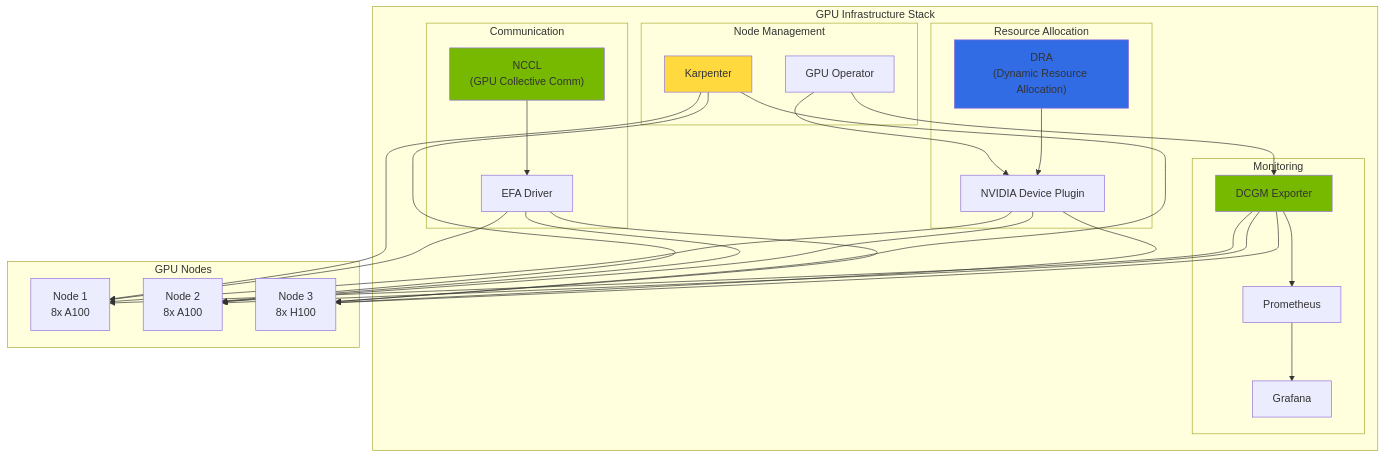
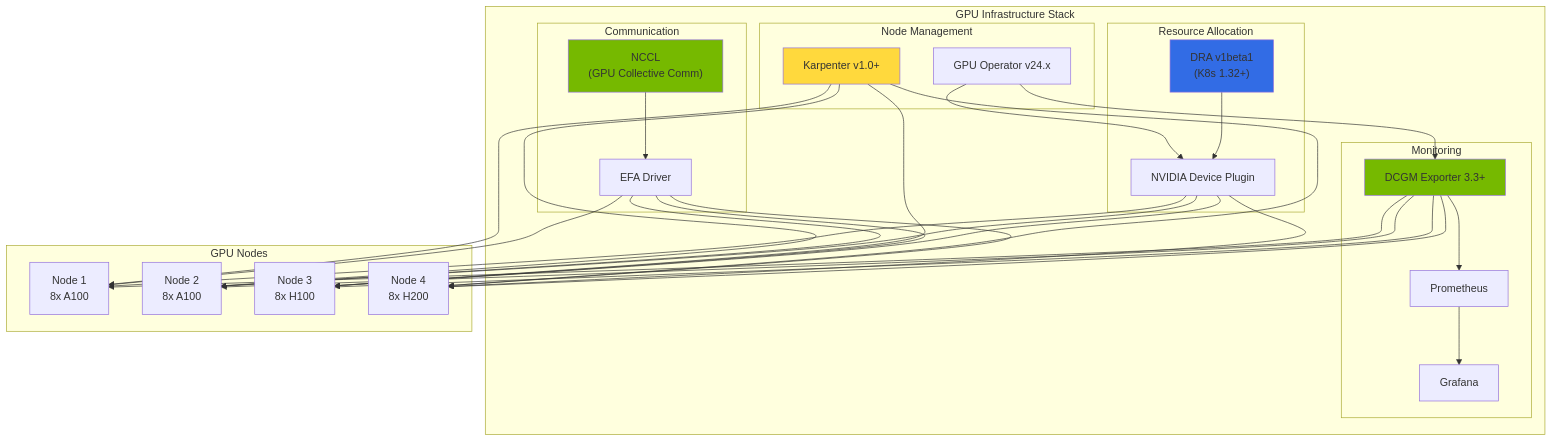
Before and after one commit to devfloor9/engineering-playbook: diagram 15 of 16 in docs/agentic-ai-platform/agentic-ai-challenges.md, drawn with Mermaid. The commit also changed other lines of this file and 13 other files, not shown here.

````diff
--- a/docs/agentic-ai-platform/agentic-ai-challenges.md
+++ b/docs/agentic-ai-platform/agentic-ai-challenges.md
@@ -893,43 +854,44 @@
 ```mermaid
 graph TB
     subgraph "GPU Infrastructure Stack"
         subgraph "Resource Allocation"
-            DRA["DRA<br/>(Dynamic Resource Allocation)"]
+            DRA["DRA v1beta1<br/>(K8s 1.32+)"]
             DRIVER["NVIDIA Device Plugin"]
         end
 
         subgraph "Monitoring"
-            DCGM["DCGM Exporter"]
+            DCGM["DCGM Exporter 3.3+"]
             PROM["Prometheus"]
             GRAF["Grafana"]
         end
 
         subgraph "Communication"
             NCCL["NCCL<br/>(GPU Collective Comm)"]
             EFA["EFA Driver"]
         end
 
         subgraph "Node Management"
-            KARP["Karpenter"]
-            GPU_OP["GPU Operator"]
+            KARP["Karpenter v1.0+"]
+            GPU_OP["GPU Operator v24.x"]
         end
     end
 
     subgraph "GPU Nodes"
         N1["Node 1<br/>8x A100"]
         N2["Node 2<br/>8x A100"]
         N3["Node 3<br/>8x H100"]
+        N4["Node 4<br/>8x H200"]
     end
 
-    DRA --> DRIVER --> N1 & N2 & N3
-    DCGM --> N1 & N2 & N3
+    DRA --> DRIVER --> N1 & N2 & N3 & N4
+    DCGM --> N1 & N2 & N3 & N4
     DCGM --> PROM --> GRAF
-    NCCL --> EFA --> N1 & N2 & N3
-    KARP --> N1 & N2 & N3
+    NCCL --> EFA --> N1 & N2 & N3 & N4
+    KARP --> N1 & N2 & N3 & N4
     GPU_OP --> DRIVER & DCGM
 
     style DRA fill:#326ce5
     style DCGM fill:#76b900
     style NCCL fill:#76b900
     style KARP fill:#ffd93d
 ```
````
